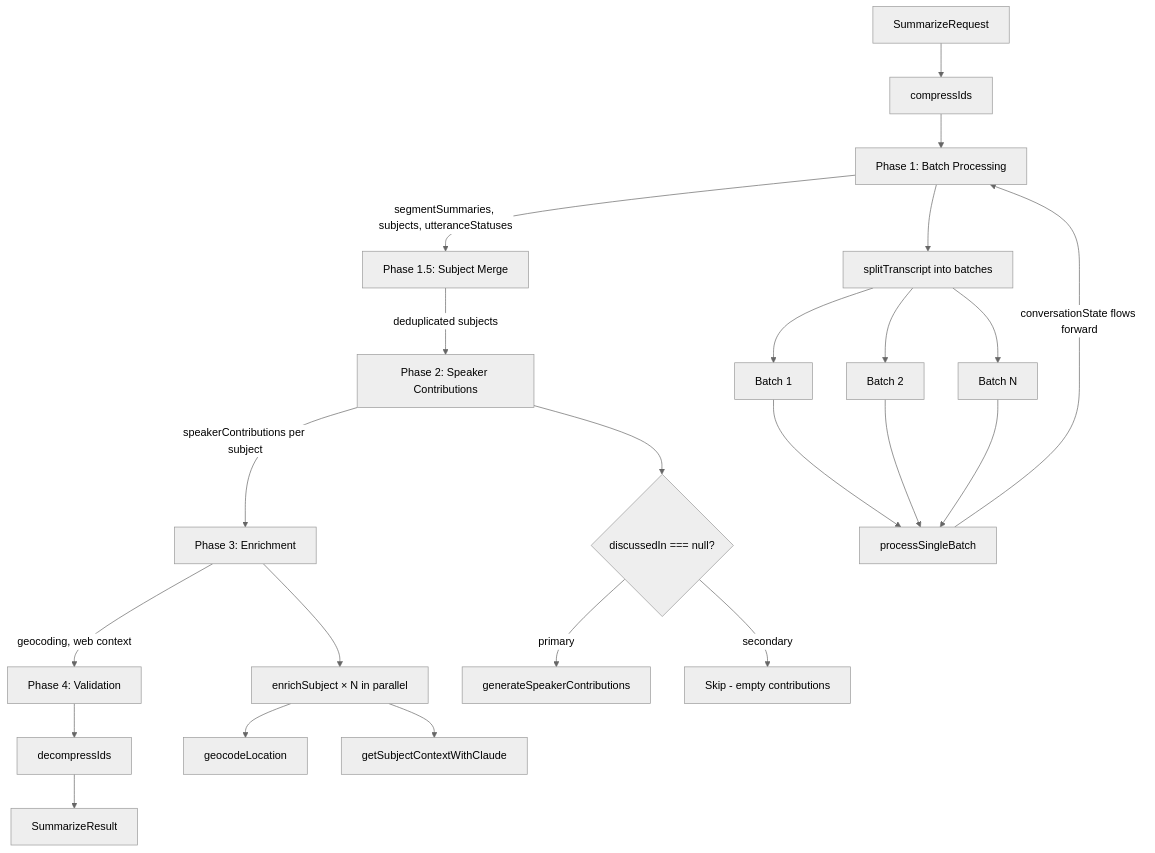
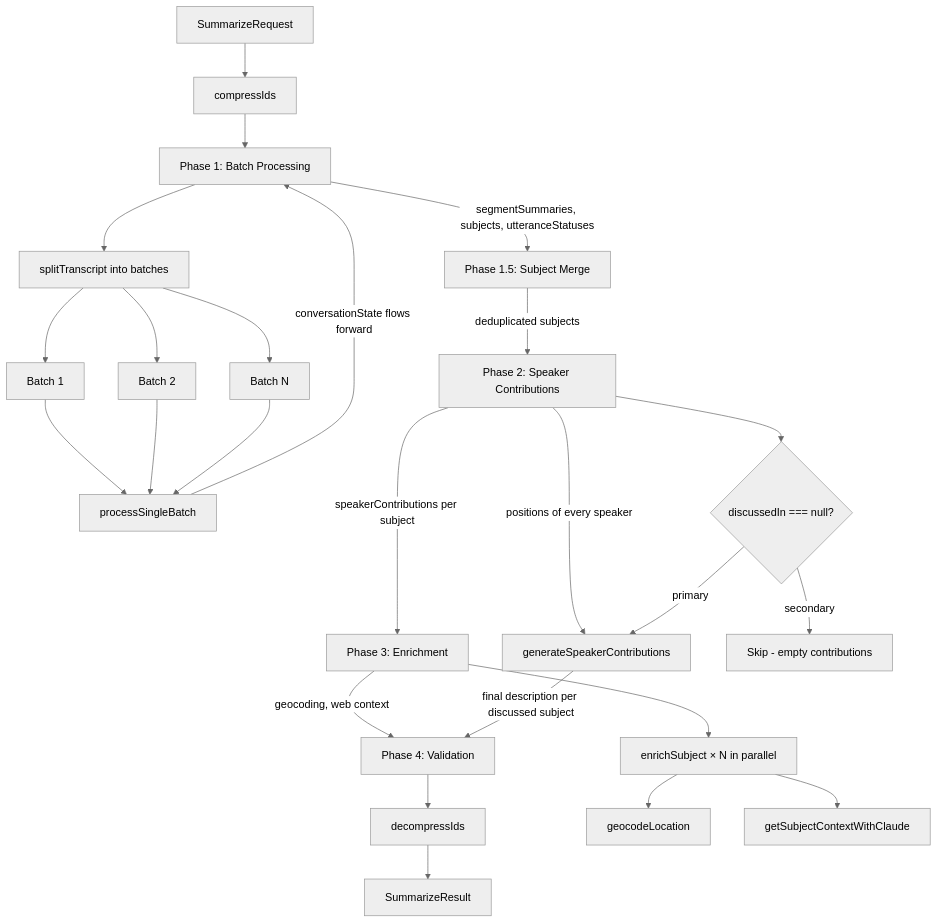
The diagram in docs/summarize.md (schemalabz/opencouncil-tasks), drawn with Mermaid (neutral theme) before and after one commit. The commit also changed other lines of this file and 6 other files, not shown here.

First line of the commit message:
fix(summarize): write a subject's description from every speaker's position

````diff
--- a/docs/summarize.md
+++ b/docs/summarize.md
@@ -11,28 +11,30 @@
 ```mermaid
 flowchart TD
   A[SummarizeRequest] --> B[compressIds]
   B --> C[Phase 1: Batch Processing]
   C --> |segmentSummaries, subjects, utteranceStatuses| M[Phase 1.5: Subject Merge]
   M --> |deduplicated subjects| D[Phase 2: Speaker Contributions]
   D --> |speakerContributions per subject| E[Phase 3: Enrichment]
+  D --> |positions of every speaker| D2[Phase 2.5: Subject Descriptions]
   E --> |geocoding, web context| F[Phase 4: Validation]
+  D2 --> |final description per discussed subject| F
   F --> G[decompressIds]
   G --> H[SummarizeResult]
 
   C --> C1[splitTranscript into batches]
   C1 --> C2[Batch 1]
   C1 --> C3[Batch 2]
   C1 --> C4[Batch N]
   C2 --> C5[processSingleBatch]
   C3 --> C5
   C4 --> C5
   C5 --> |conversationState flows forward| C
 
   D --> D1{discussedIn === null?}
   D1 -- primary --> D2[generateSpeakerContributions]
   D1 -- secondary --> D3[Skip - empty contributions]
 
   E --> E1[enrichSubject × N in parallel]
   E1 --> E2[geocodeLocation]
   E1 --> E3[getSubjectContextWithClaude]
 ```
````
